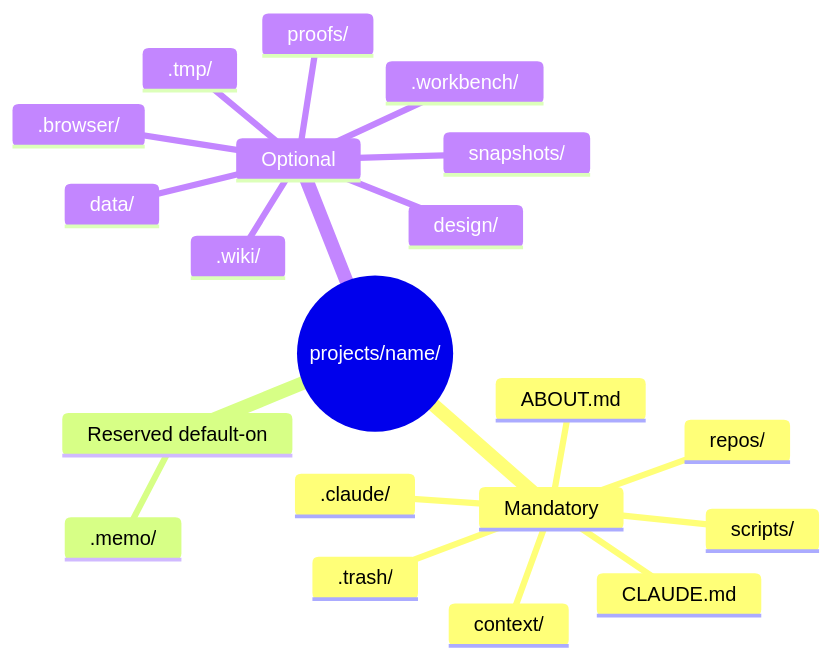
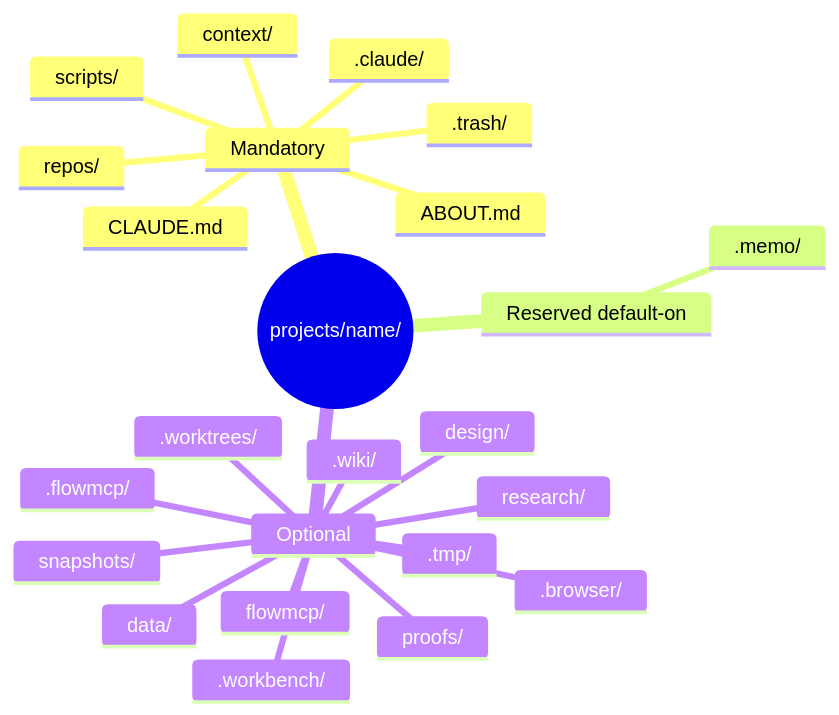
One commit to Memo-Init/spec changed the first of 2 diagrams in draft/workbench/0.1.0/spec/12-folders.md. Above: the diagram before and after it, drawn with Mermaid. The commit also changed other lines of this file and 6 other files, not shown here.

First line of the commit message:
[MEMO] M063-04 folder taxonomy + flowmcp + env

````diff
--- a/draft/workbench/0.1.0/spec/12-folders.md
+++ b/draft/workbench/0.1.0/spec/12-folders.md
@@ -57,23 +61,27 @@
 ```mermaid
 mindmap
   root((projects/name/))
     Mandatory
       .claude/
       .trash/
       ABOUT.md
       CLAUDE.md
       context/
       repos/
       scripts/
     Reserved default-on
       .memo/
     Optional
       .browser/
+      .flowmcp/
       .tmp/
       .wiki/
       .workbench/
+      .worktrees/
       data/
       design/
+      flowmcp/
       proofs/
+      research/
       snapshots/
 ```
````
